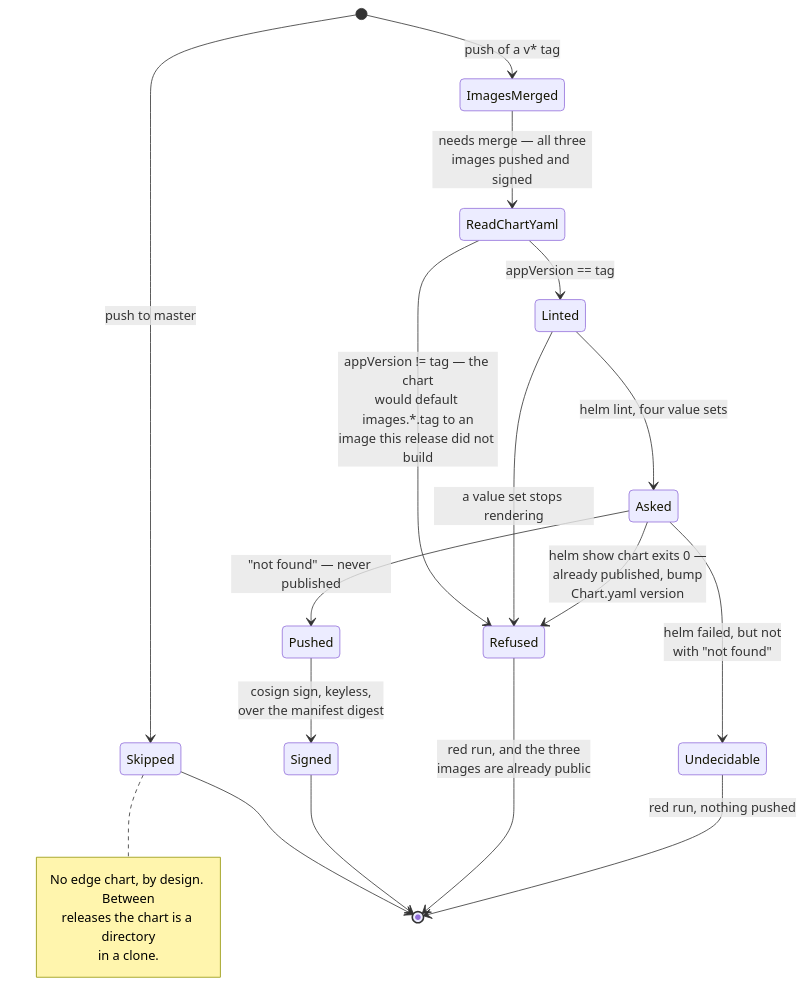
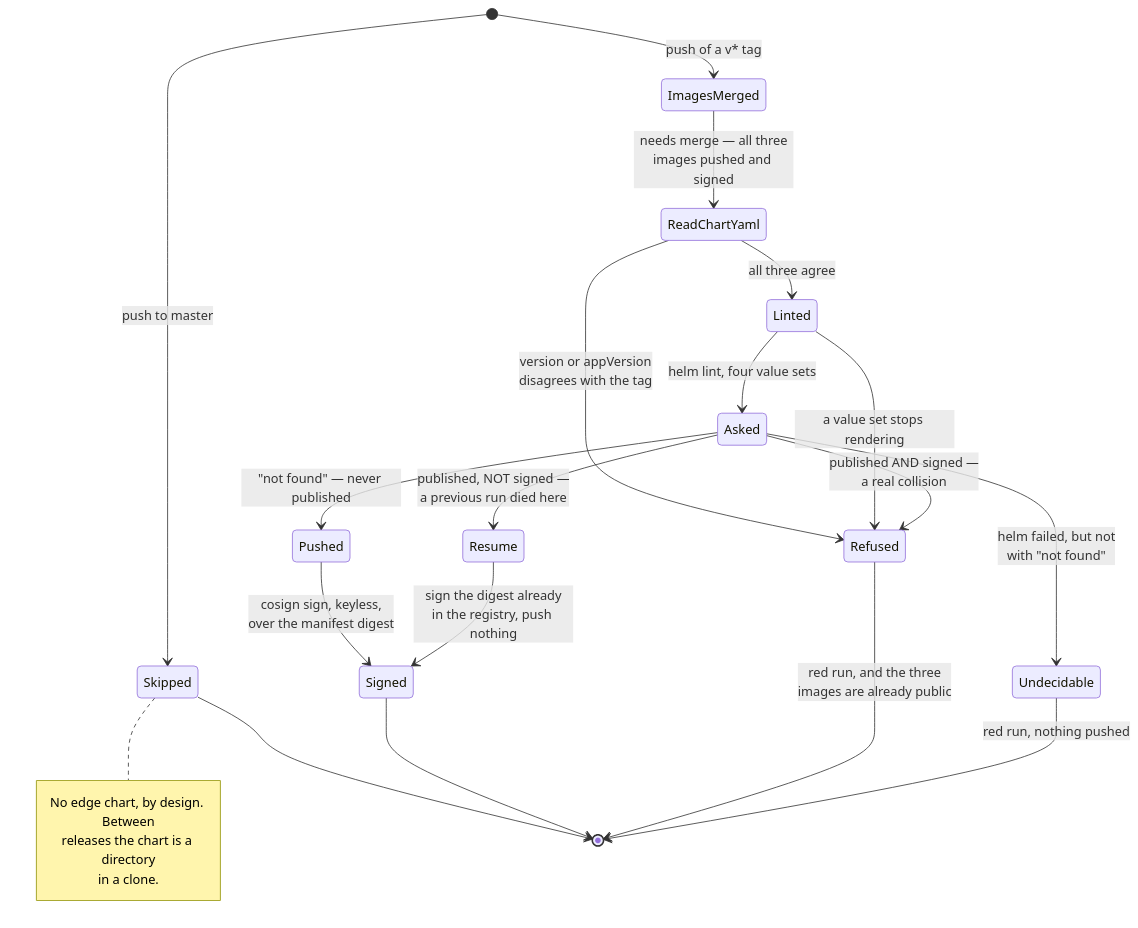
The diagram in docs/flows/deployment.md (Valsuh45/vpay), drawn with Mermaid before and after one commit. The commit also changed other lines of this file and 4 other files, not shown here.

First line of the commit message:
fix(release): publish-chart signs, refuses a stale version, and can resume (#226)

````diff
--- a/docs/flows/deployment.md
+++ b/docs/flows/deployment.md
@@ -233,30 +259,32 @@
 ```mermaid
 stateDiagram-v2
     direction TB
     [*] --> Skipped: push to master
     note right of Skipped
         No edge chart, by design. Between
         releases the chart is a directory
         in a clone.
     end note
     Skipped --> [*]
 
     [*] --> ImagesMerged: push of a v* tag
     ImagesMerged --> ReadChartYaml: needs merge — all three<br/>images pushed and signed
 
-    ReadChartYaml --> Linted: appVersion == tag
-    ReadChartYaml --> Refused: appVersion != tag — the chart<br/>would default images.*.tag to an<br/>image this release did not build
+    ReadChartYaml --> Refused: version or appVersion<br/>disagrees with the tag
+    ReadChartYaml --> Linted: all three agree
 
     Linted --> Asked: helm lint, four value sets
     Linted --> Refused: a value set stops rendering
 
-    Asked --> Refused: helm show chart exits 0 —<br/>already published, bump<br/>Chart.yaml version
+    Asked --> Refused: published AND signed —<br/>a real collision
+    Asked --> Resume: published, NOT signed —<br/>a previous run died here
     Asked --> Undecidable: helm failed, but not<br/>with "not found"
     Asked --> Pushed: "not found" — never published
 
     Pushed --> Signed: cosign sign, keyless,<br/>over the manifest digest
+    Resume --> Signed: sign the digest already<br/>in the registry, push nothing
     Signed --> [*]
 
     Refused --> [*]: red run, and the three<br/>images are already public
     Undecidable --> [*]: red run, nothing pushed
 ```
````
